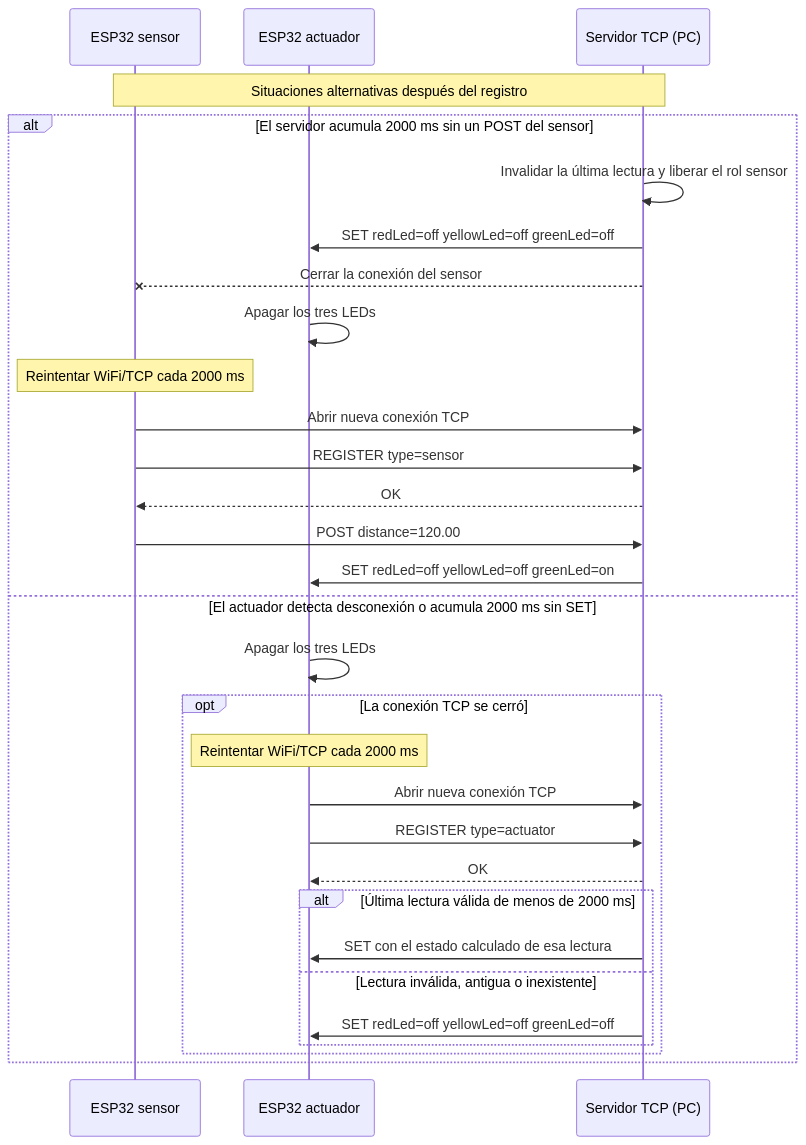
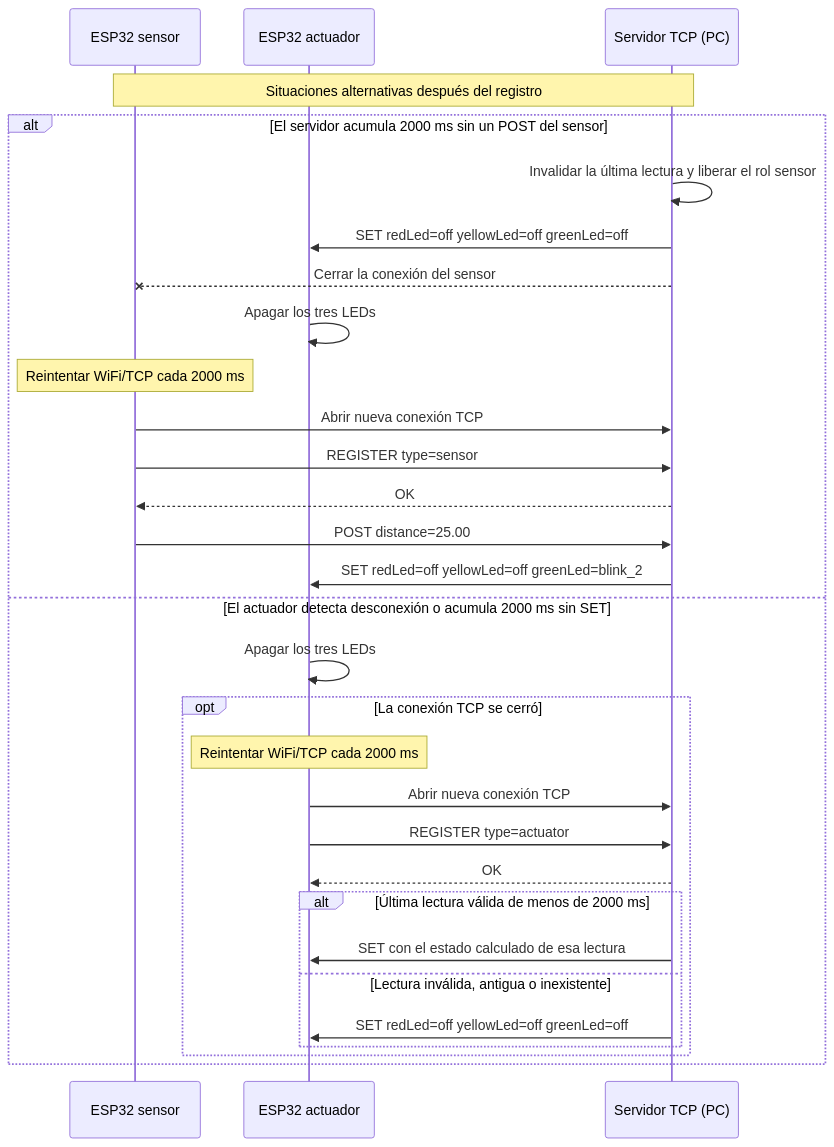
Before and after one commit to JustAdrianMercado/Integracion-de-Objetos-Inteligentes-con-TCP-IP: the fourth of 4 diagrams in docs/diagramas/Diseno_del_sistema.md, drawn with Mermaid. The commit also changed other lines of this file and 21 other files, not shown here.

````diff
--- a/docs/diagramas/Diseno_del_sistema.md
+++ b/docs/diagramas/Diseno_del_sistema.md
@@ -286,33 +292,33 @@
 ```mermaid
 sequenceDiagram
     participant S as ESP32 sensor
     participant A as ESP32 actuador
     participant PC as Servidor TCP (PC)
 
     Note over S,PC: Situaciones alternativas después del registro
     alt El servidor acumula 2000 ms sin un POST del sensor
         PC->>PC: Invalidar la última lectura y liberar el rol sensor
         PC->>A: SET redLed=off yellowLed=off greenLed=off
         PC--xS: Cerrar la conexión del sensor
         A->>A: Apagar los tres LEDs
         Note over S: Reintentar WiFi/TCP cada 2000 ms
         S->>PC: Abrir nueva conexión TCP
         S->>PC: REGISTER type=sensor
         PC-->>S: OK
-        S->>PC: POST distance=120.00
-        PC->>A: SET redLed=off yellowLed=off greenLed=on
+        S->>PC: POST distance=25.00
+        PC->>A: SET redLed=off yellowLed=off greenLed=blink_2
     else El actuador detecta desconexión o acumula 2000 ms sin SET
         A->>A: Apagar los tres LEDs
         opt La conexión TCP se cerró
             Note over A: Reintentar WiFi/TCP cada 2000 ms
             A->>PC: Abrir nueva conexión TCP
             A->>PC: REGISTER type=actuator
             PC-->>A: OK
             alt Última lectura válida de menos de 2000 ms
                 PC->>A: SET con el estado calculado de esa lectura
             else Lectura inválida, antigua o inexistente
                 PC->>A: SET redLed=off yellowLed=off greenLed=off
             end
         end
     end
 ```
````
